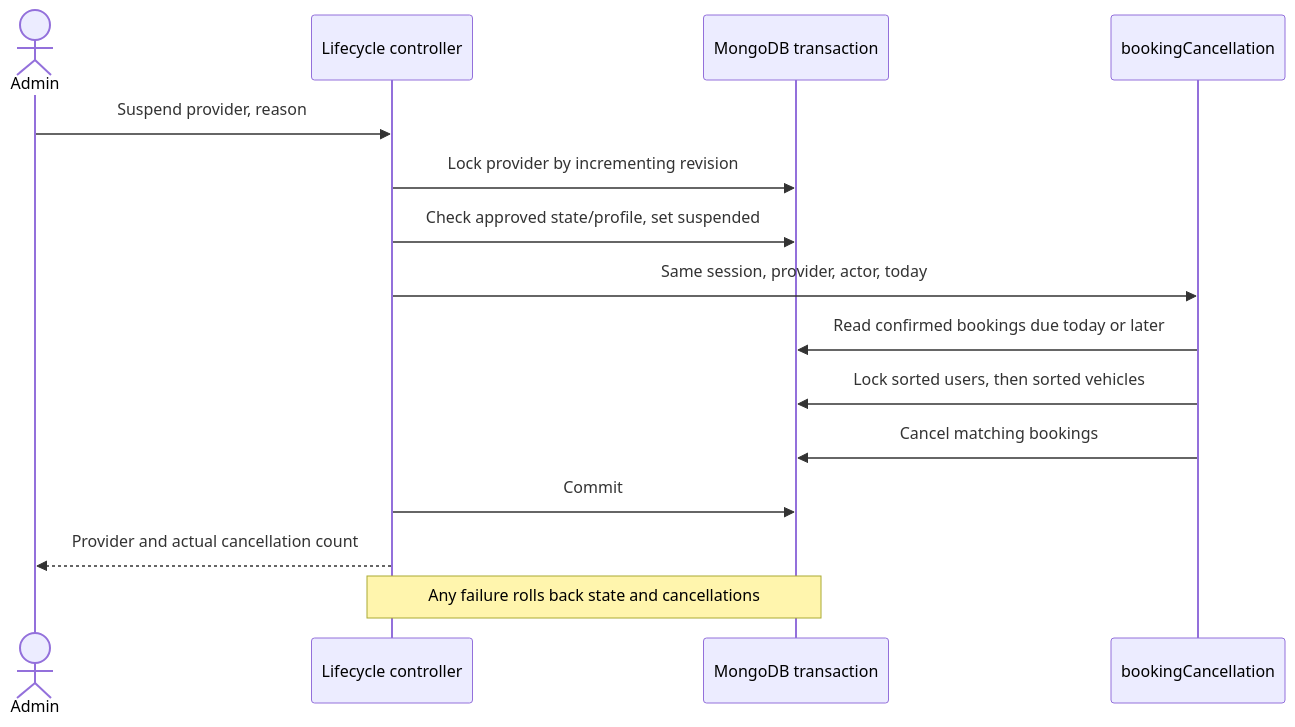
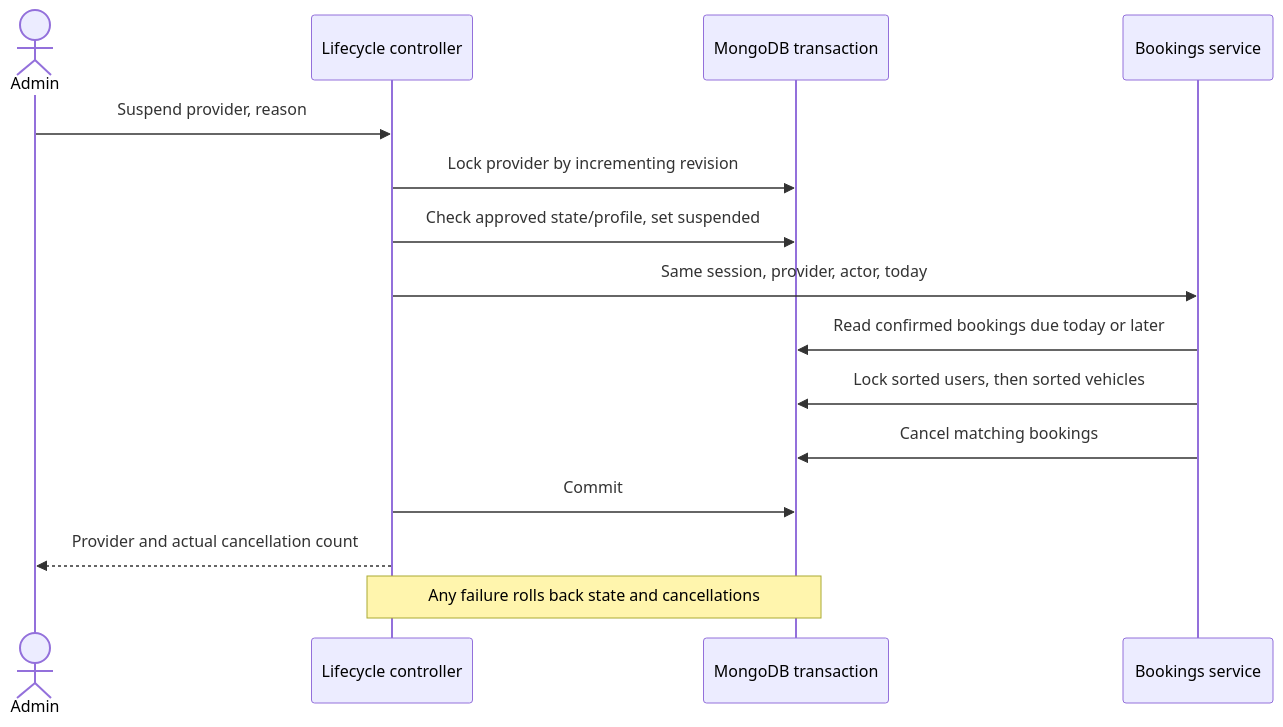
The first of 2 diagrams in docs/diagrams/a03-provider-lifecycle.md (kormuyang/swdevprac1-project-dobby), drawn with Mermaid before and after one commit. The commit also changed other lines of this file and 12 other files, not shown here.

````diff
--- a/docs/diagrams/a03-provider-lifecycle.md
+++ b/docs/diagrams/a03-provider-lifecycle.md
@@ -11,17 +11,17 @@
 ```mermaid
 sequenceDiagram
     actor Admin
     participant Controller as Lifecycle controller
     participant DB as MongoDB transaction
-    participant Cancel as bookingCancellation
+    participant Cancel as Bookings service
     Admin->>Controller: Suspend provider, reason
     Controller->>DB: Lock provider by incrementing revision
     Controller->>DB: Check approved state/profile, set suspended
     Controller->>Cancel: Same session, provider, actor, today
     Cancel->>DB: Read confirmed bookings due today or later
     Cancel->>DB: Lock sorted users, then sorted vehicles
     Cancel->>DB: Cancel matching bookings
     Controller->>DB: Commit
     Controller-->>Admin: Provider and actual cancellation count
     Note over Controller,DB: Any failure rolls back state and cancellations
 ```
````
